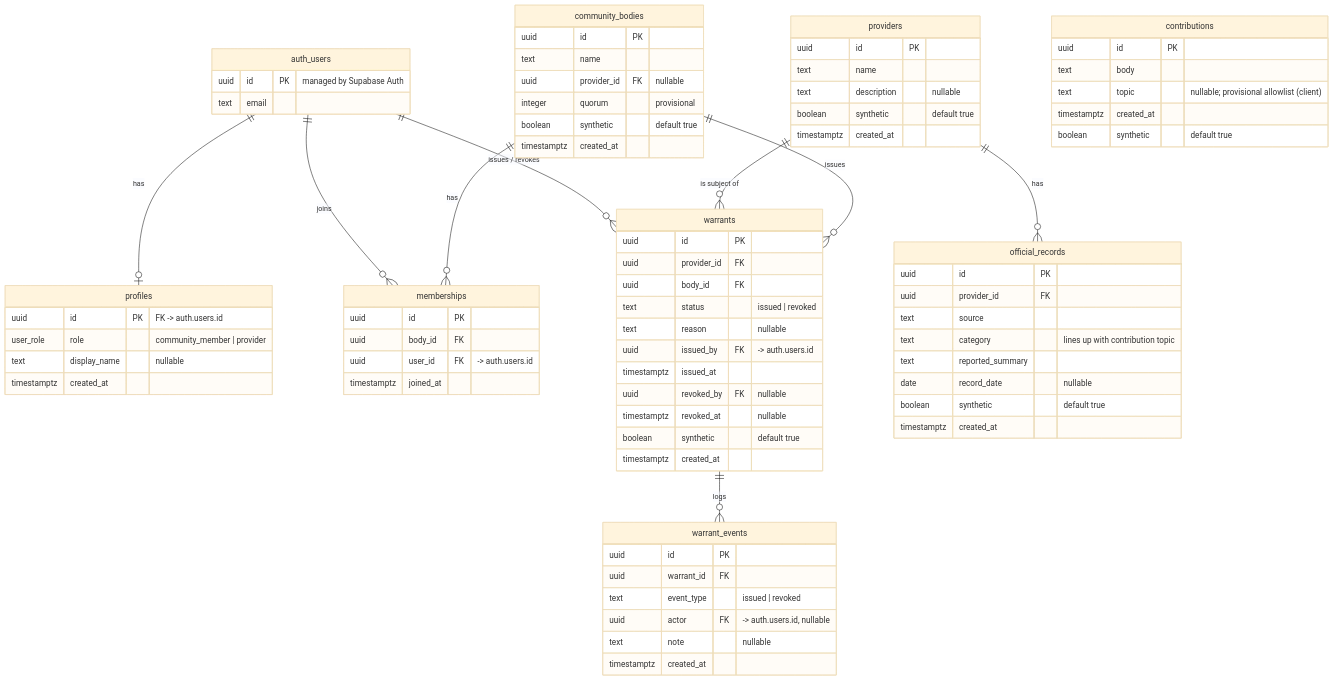
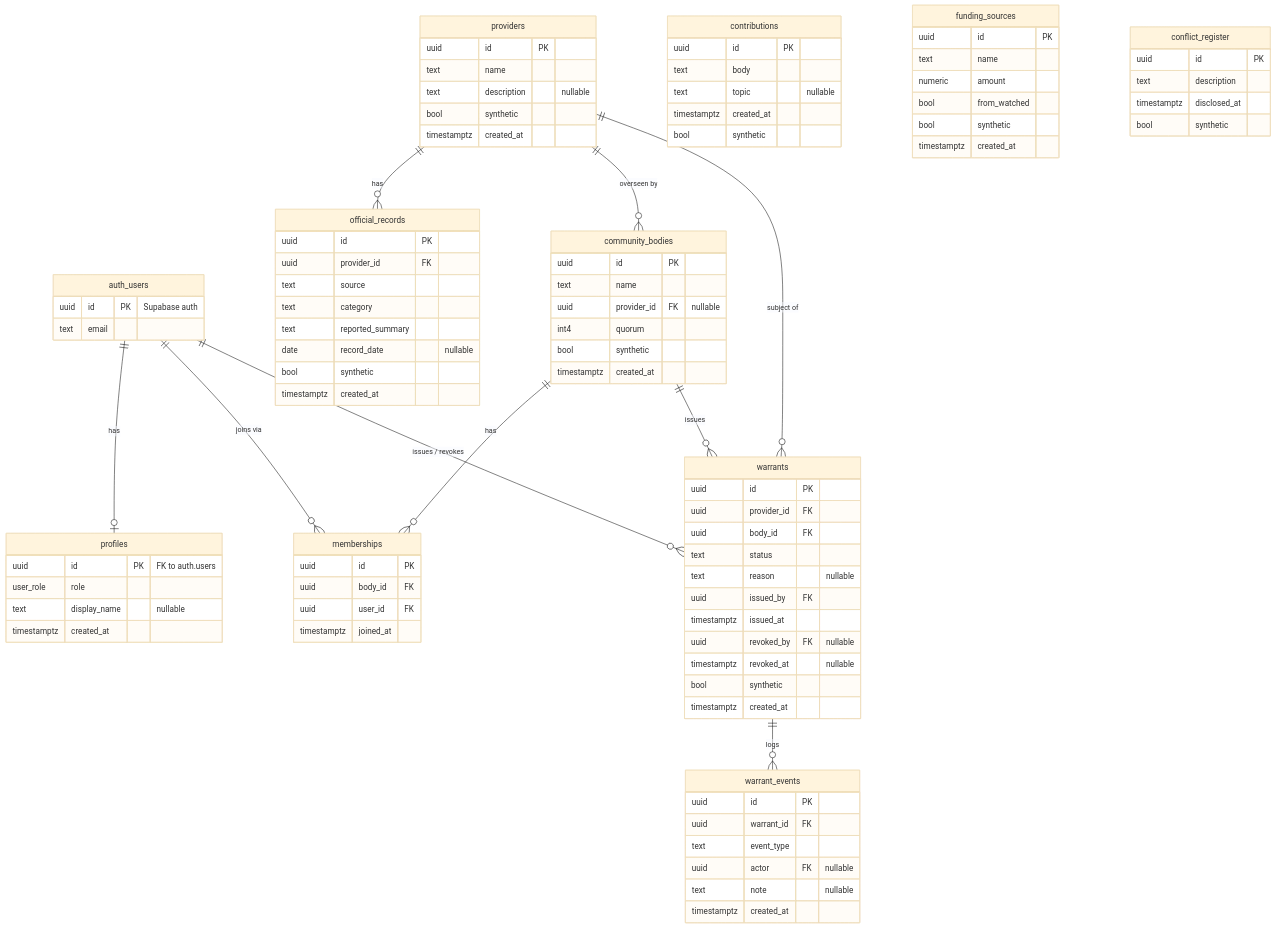
One commit to domcbradley-gif/AI-Development-Residency changed the diagram in docs/database-diagram.md. Above: the diagram before and after it, drawn with Mermaid (base theme). The commit also changed other lines of this file and 1 other file, not shown here.

Commit message:
docs: add rendered database-design SVG with key; complete the diagram
Add docs/database-diagram.svg — a large-text, rendered entity-relationship
diagram of the full schema (all 10 tables with columns, types, PK/FK/nullable),
relationships with crow's-foot cardinality, and a key (PK/FK/nullable, the "many"
notation, and the anonymity-by-design note). Update database-diagram.md to mirror
it: add funding_sources and conflict_register and link the SVG.

Claude-Session: https://claude.ai/code/session_01D6KK6bgrxzeYJbHTk8yHhw

````diff
--- a/docs/database-diagram.md
+++ b/docs/database-diagram.md
@@ -6,10 +11,11 @@
 ```mermaid
 erDiagram
     auth_users ||--o| profiles : "has"
-    auth_users ||--o{ memberships : "joins"
+    auth_users ||--o{ memberships : "joins via"
     auth_users ||--o{ warrants : "issues / revokes"
     providers ||--o{ official_records : "has"
-    providers ||--o{ warrants : "is subject of"
+    providers ||--o{ community_bodies : "overseen by"
+    providers ||--o{ warrants : "subject of"
     community_bodies ||--o{ memberships : "has"
     community_bodies ||--o{ warrants : "issues"
     warrants ||--o{ warrant_events : "logs"
@@ -17,17 +23,17 @@
     contributions {
         uuid id PK
         text body
-        text topic "nullable; provisional allowlist (client)"
+        text topic "nullable"
         timestamptz created_at
-        boolean synthetic "default true"
+        bool synthetic
     }
     auth_users {
-        uuid id PK "managed by Supabase Auth"
+        uuid id PK "Supabase auth"
         text email
     }
     profiles {
-        uuid id PK "FK -> auth.users.id"
-        user_role role "community_member | provider"
+        uuid id PK "FK to auth.users"
+        user_role role
         text display_name "nullable"
         timestamptz created_at
     }
@@ -35,52 +41,66 @@
         uuid id PK
         text name
         text description "nullable"
-        boolean synthetic "default true"
+        bool synthetic
         timestamptz created_at
     }
     official_records {
         uuid id PK
         uuid provider_id FK
         text source
-        text category "lines up with contribution topic"
+        text category
         text reported_summary
         date record_date "nullable"
-        boolean synthetic "default true"
+        bool synthetic
         timestamptz created_at
     }
     community_bodies {
         uuid id PK
         text name
         uuid provider_id FK "nullable"
-        integer quorum "provisional"
-        boolean synthetic "default true"
+        int4 quorum
+        bool synthetic
         timestamptz created_at
     }
     memberships {
         uuid id PK
         uuid body_id FK
-        uuid user_id FK "-> auth.users.id"
+        uuid user_id FK
         timestamptz joined_at
     }
     warrants {
         uuid id PK
         uuid provider_id FK
         uuid body_id FK
-        text status "issued | revoked"
+        text status
         text reason "nullable"
-        uuid issued_by FK "-> auth.users.id"
+        uuid issued_by FK
         timestamptz issued_at
         uuid revoked_by FK "nullable"
         timestamptz revoked_at "nullable"
-        boolean synthetic "default true"
+        bool synthetic
         timestamptz created_at
     }
     warrant_events {
         uuid id PK
         uuid warrant_id FK
-        text event_type "issued | revoked"
-        uuid actor FK "-> auth.users.id, nullable"
+        text event_type
+        uuid actor FK "nullable"
         text note "nullable"
         timestamptz created_at
     }
+    funding_sources {
+        uuid id PK
+        text name
+        numeric amount
+        bool from_watched
+        bool synthetic
+        timestamptz created_at
+    }
+    conflict_register {
+        uuid id PK
+        text description
+        timestamptz disclosed_at
+        bool synthetic
+    }
 ```
````
